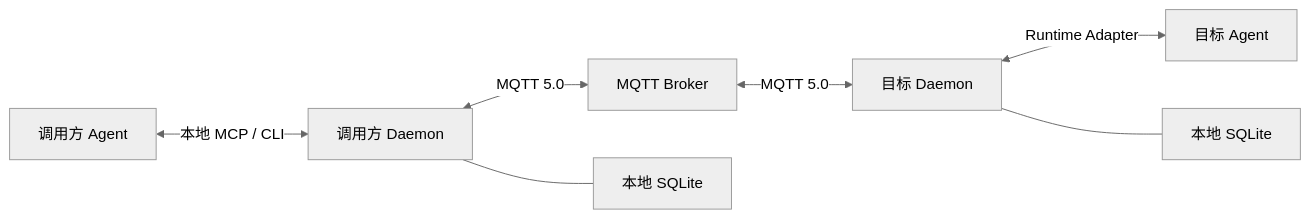
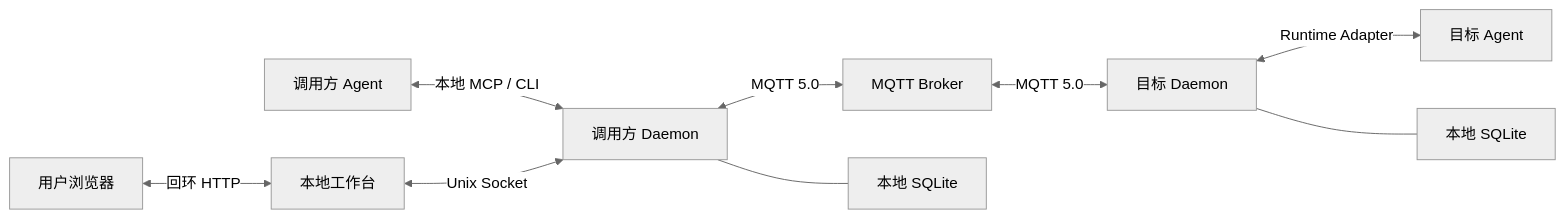
One commit to UllrAI/AgentMesh changed the first of 2 diagrams in docs/spec/v1.3.md. Above: the diagram before and after it, drawn with Mermaid (neutral theme). The commit also changed other lines of this file and 15 other files, not shown here.

````diff
--- a/docs/spec/v1.3.md
+++ b/docs/spec/v1.3.md
@@ -14,9 +14,11 @@
 ```mermaid
 flowchart LR
     C["调用方 Agent"] <-->|"本地 MCP / CLI"| A["调用方 Daemon"]
+    U["用户浏览器"] <-->|"回环 HTTP"| W["本地工作台"]
+    W <-->|"Unix Socket"| A
     A <-->|"MQTT 5.0"| B["MQTT Broker"]
     B <-->|"MQTT 5.0"| D["目标 Daemon"]
     D <-->|"Runtime Adapter"| R["目标 Agent"]
     A --- S1["本地 SQLite"]
     D --- S2["本地 SQLite"]
 ```
````
